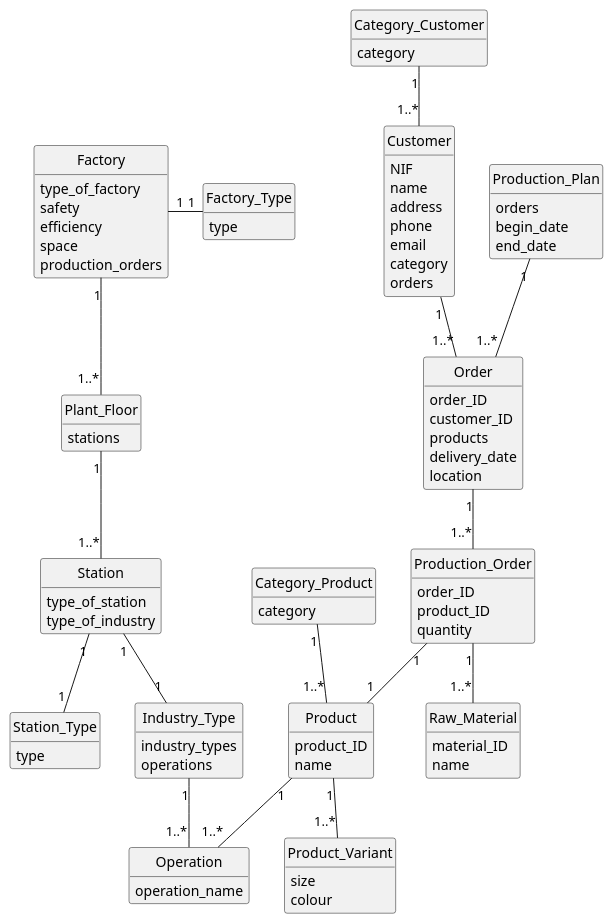
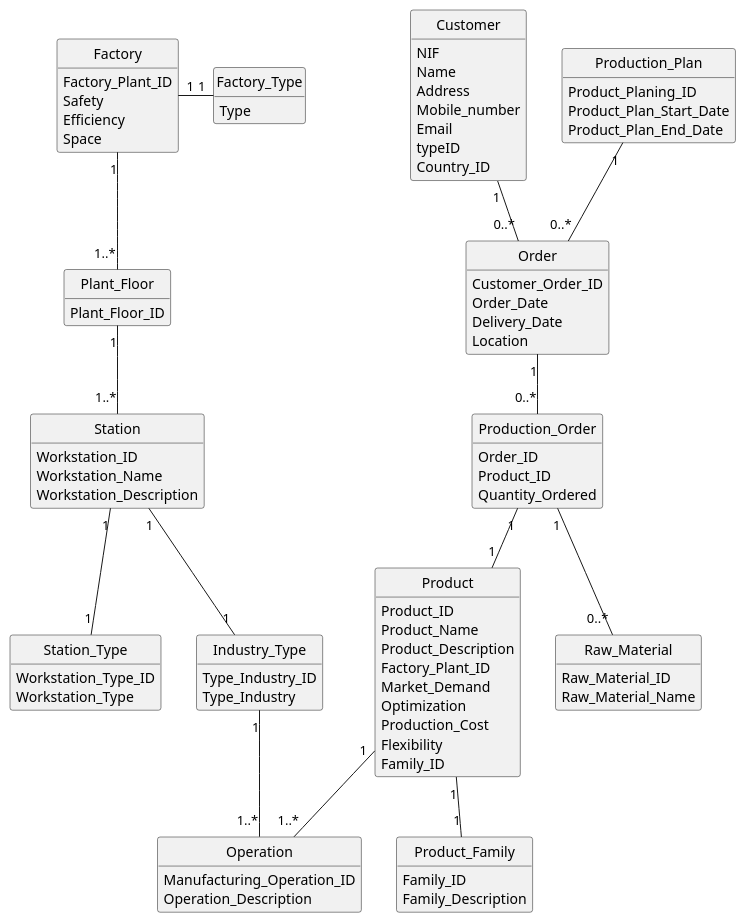
The diagram in documentation/Domain_Model.puml (DiogoMMP/industrial-production-management_y2_2024), drawn with PlantUML before and after one commit.

Commit message:
#23 Improvements to the domain model.

```diff
--- a/documentation/Domain_Model.puml
+++ b/documentation/Domain_Model.puml
@@ -1,113 +1,111 @@
 @startuml
 skinparam monochrome true
 skinparam packageStyle rectangle
 skinparam shadowing false
 
 skinparam classAttributeIconSize 0
 hide circle
 hide methods
 
 class Customer {
     NIF
-    name
-    address
-    phone
-    email
-    category
-    orders
+    Name
+    Address
+    Mobile_number
+    Email
+    typeID
+    Country_ID
 }
 
 class Product {
-    product_ID
-    name
-}
-
-class Product_Variant {
-    size
-    colour
+    Product_ID
+    Product_Name
+    Product_Description
+    Factory_Plant_ID
+    Market_Demand
+    Optimization
+    Production_Cost
+    Flexibility
+    Family_ID
 }
 
 class Factory {
-    type_of_factory
-    safety
-    efficiency
-    space
-    production_orders
+    Factory_Plant_ID
+    Safety
+    Efficiency
+    Space
 }
 
 class Factory_Type {
-    type
+    Type
 }
 
 class Raw_Material {
-    material_ID
-    name
+    Raw_Material_ID
+    Raw_Material_Name
 }
 
 class Plant_Floor {
-    stations
+    Plant_Floor_ID
 }
 
 class Station {
-    type_of_station
-    type_of_industry
+    Workstation_ID
+    Workstation_Name
+    Workstation_Description
 }
 
 class Station_Type {
-    type
+    Workstation_Type_ID
+    Workstation_Type
 }
 
 class Industry_Type {
-    industry_types
-    operations
+    Type_Industry_ID
+    Type_Industry
 }
 
 class Operation {
-    operation_name
+    Manufacturing_Operation_ID
+    Operation_Description
 }
 
 class Production_Plan {
-    orders
-    begin_date
-    end_date
+    Product_Planing_ID
+    Product_Plan_Start_Date
+    Product_Plan_End_Date
 }
 
 class Order {
-    order_ID
-    customer_ID
-    products
-    delivery_date
-    location
+    Customer_Order_ID
+    Order_Date
+    Delivery_Date
+    Location
 }
 
-class Category_Customer {
-    category
-}
-
-class Category_Product {
-    category
+class Product_Family {
+    Family_ID
+    Family_Description
 }
 
 class Production_Order {
-    order_ID
-    product_ID
-    quantity
+    Order_ID
+    Product_ID
+    Quantity_Ordered
 }
 
+Customer "1" -- "0..*" Order
+Order "1" -- "0..*" Production_Order
 Factory "1" - "1" Factory_Type
 Station "1" -- "1" Station_Type
 Factory "1" -- "1..*" Plant_Floor
 Plant_Floor "1" -- "1..*" Station
 Station "1" -- "1" Industry_Type
 Industry_Type "1" -- "1..*" Operation
+Product "1" -- "1" Product_Family
 Product "1" -- "1..*" Operation
-Production_Plan "1" -- "1..*" Order
-Customer "1" -- "1..*" Order
-Category_Customer "1" -- "1..*" Customer
-Category_Product "1" -- "1..*" Product
-Product "1" -- "1..*" Product_Variant
-Order "1" -- "1..*" Production_Order
+Production_Plan "1" -- "0..*" Order
 Production_Order "1" -- "1" Product
-Production_Order "1" -- "1..*" Raw_Material
+Production_Order "1" -- "0..*" Raw_Material
 
 @enduml
```
